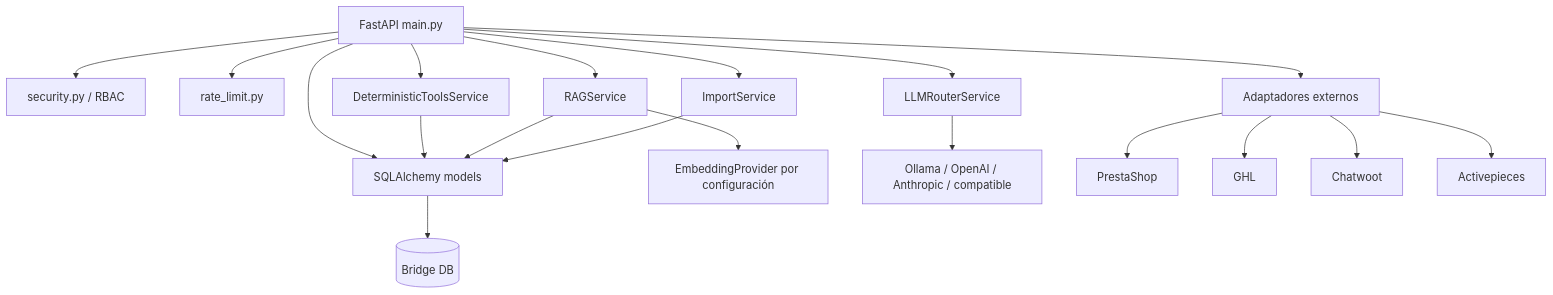
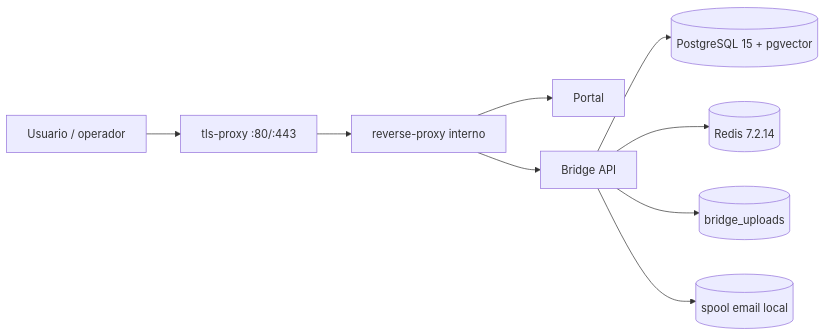
One commit to anashany98/agent-plataform changed the first of 2 diagrams in docs/baseline/DEPENDENCY_MAP.md. Above: the diagram before and after it, drawn with Mermaid. The commit also changed other lines of this file and 114 other files, not shown here.

````diff
--- a/docs/baseline/DEPENDENCY_MAP.md
+++ b/docs/baseline/DEPENDENCY_MAP.md
@@ -95,21 +5,11 @@
 ```mermaid
-flowchart TD
-    API["FastAPI main.py"] --> SEC["security.py / RBAC"]
-    API --> RL["rate_limit.py"]
-    API --> MODELS["SQLAlchemy models"]
-    API --> DET["DeterministicToolsService"]
-    API --> RAG["RAGService"]
-    API --> LLM["LLMRouterService"]
-    API --> IMP["ImportService"]
-    API --> ADP["Adaptadores externos"]
-    DET --> MODELS
-    RAG --> MODELS
-    RAG --> EMB["EmbeddingProvider por configuración"]
-    LLM --> PROVIDERS["Ollama / OpenAI / Anthropic / compatible"]
-    IMP --> MODELS
-    ADP --> PS["PrestaShop"]
-    ADP --> GHL["GHL"]
-    ADP --> CW["Chatwoot"]
-    ADP --> AP["Activepieces"]
-    MODELS --> DB[("Bridge DB")]
+flowchart LR
+    U["Usuario / operador"] --> TLS["tls-proxy :80/:443"]
+    TLS --> RP["reverse-proxy interno"]
+    RP --> P["Portal"]
+    RP --> API["Bridge API"]
+    API --> DB[("PostgreSQL 15 + pgvector")]
+    API --> R[("Redis 7.2.14")]
+    API --> UP[("bridge_uploads")]
+    API --> EM[("spool email local")]
 ```
````
